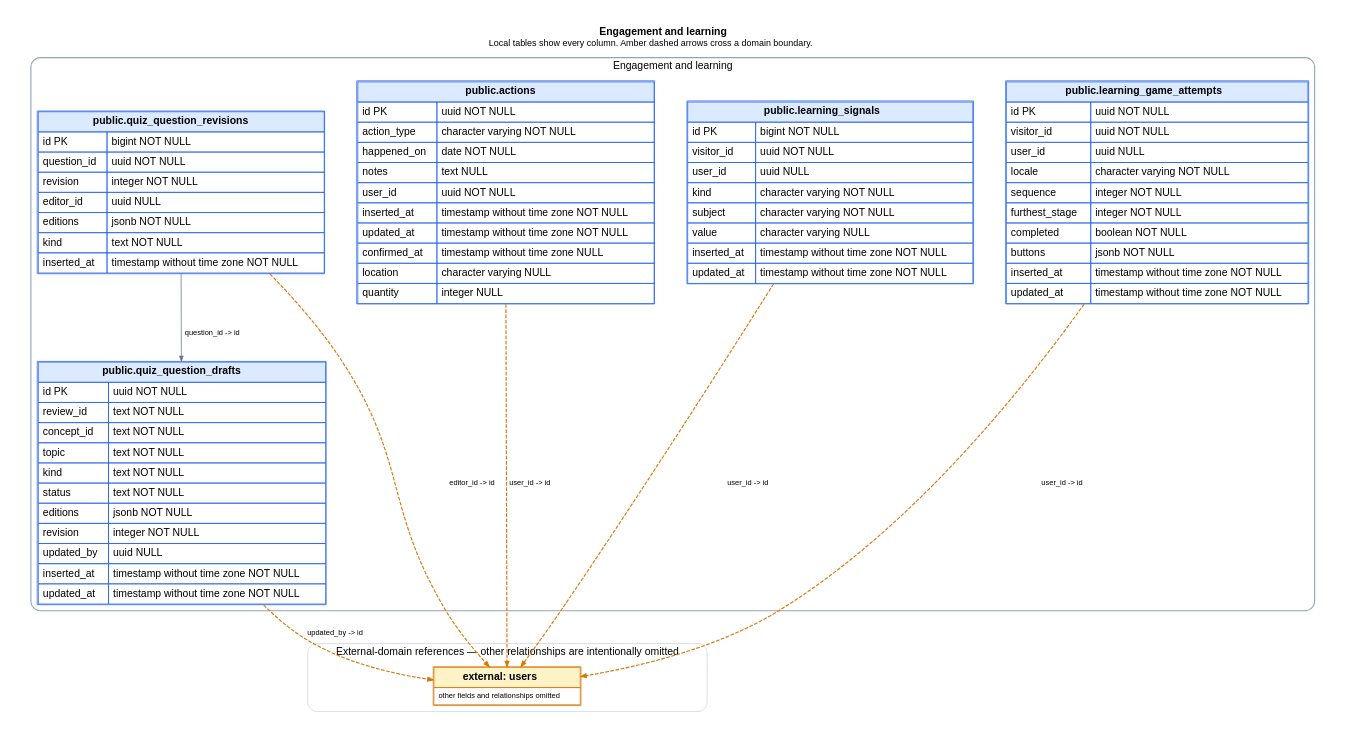
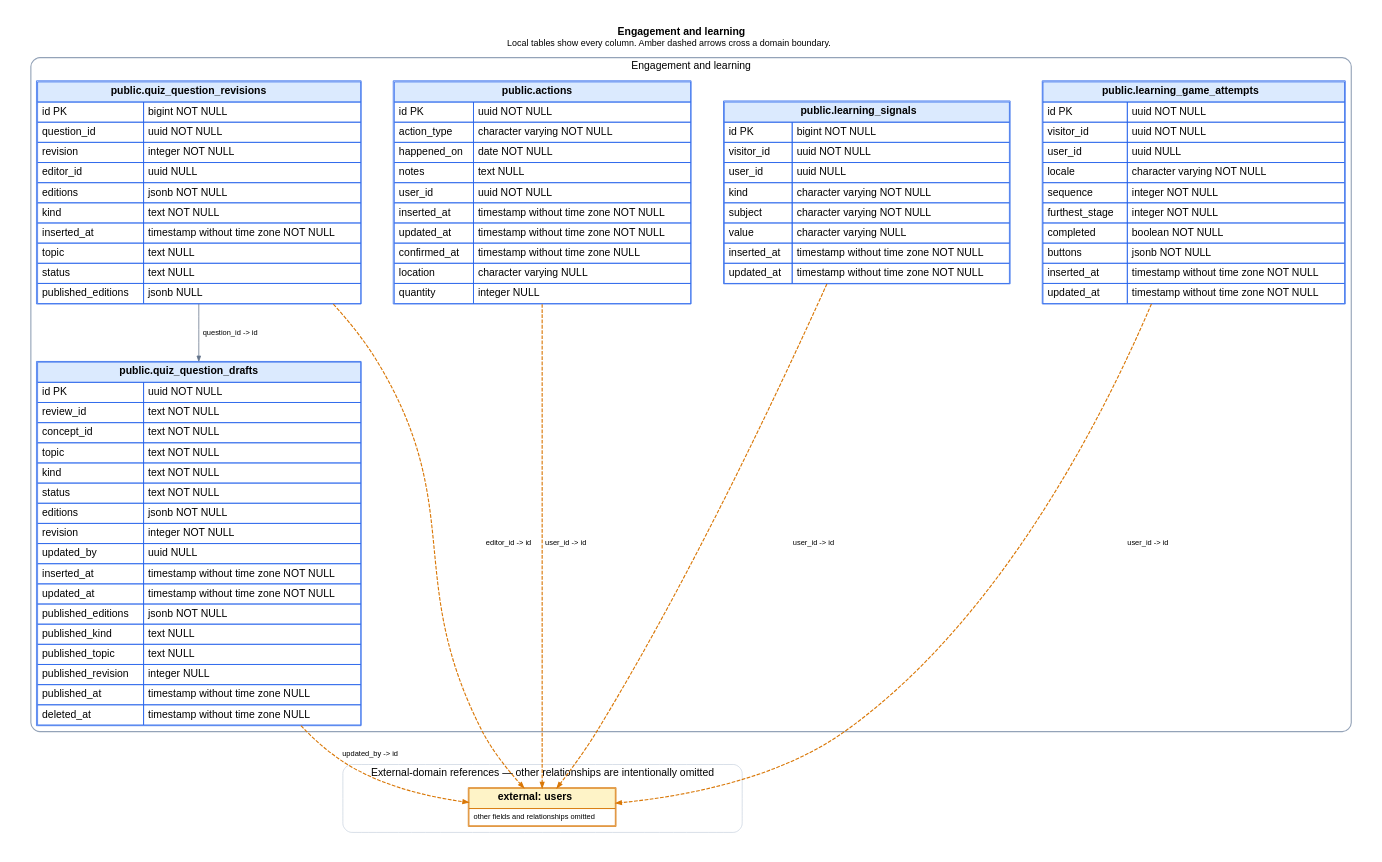
The diagram in docs/schema/domains/engagement.dot (ogourment/pauseai.ca-website), drawn with Graphviz before and after one commit. The commit also changed 23 other files, not shown here.

```diff
--- a/docs/schema/domains/engagement.dot
+++ b/docs/schema/domains/engagement.dot
@@ -1,70 +1,70 @@
 digraph engagement {
   graph [rankdir=TB, bgcolor="white", pad=0.35, nodesep=0.6, ranksep=0.9, fontname="Helvetica"];
   node [shape=plain, fontname="Helvetica"];
   edge [fontname="Helvetica", fontsize=10, arrowsize=0.7];
   labelloc="t";
   label=< <B>Engagement and learning</B><BR/><FONT POINT-SIZE="12">Local tables show every column. Amber dashed arrows cross a domain boundary.</FONT> >;
 
   subgraph cluster_local {
     label="Engagement and learning";
     color="#94a3b8";
     penwidth=1.5;
     style="rounded";
   "actions" [label=<
     <TABLE BORDER="1" CELLBORDER="1" CELLSPACING="0" CELLPADDING="5" COLOR="#2563eb">
       <TR><TD BGCOLOR="#dbeafe" COLSPAN="2"><B>public.actions</B></TD></TR>
       <TR><TD ALIGN="LEFT">id PK</TD><TD ALIGN="LEFT">uuid NOT NULL</TD></TR><TR><TD ALIGN="LEFT">action_type</TD><TD ALIGN="LEFT">character varying NOT NULL</TD></TR><TR><TD ALIGN="LEFT">happened_on</TD><TD ALIGN="LEFT">date NOT NULL</TD></TR><TR><TD ALIGN="LEFT">notes</TD><TD ALIGN="LEFT">text NULL</TD></TR><TR><TD ALIGN="LEFT">user_id</TD><TD ALIGN="LEFT">uuid NOT NULL</TD></TR><TR><TD ALIGN="LEFT">inserted_at</TD><TD ALIGN="LEFT">timestamp without time zone NOT NULL</TD></TR><TR><TD ALIGN="LEFT">updated_at</TD><TD ALIGN="LEFT">timestamp without time zone NOT NULL</TD></TR><TR><TD ALIGN="LEFT">confirmed_at</TD><TD ALIGN="LEFT">timestamp without time zone NULL</TD></TR><TR><TD ALIGN="LEFT">location</TD><TD ALIGN="LEFT">character varying NULL</TD></TR><TR><TD ALIGN="LEFT">quantity</TD><TD ALIGN="LEFT">integer NULL</TD></TR>
     </TABLE>
   >];
 
   "learning_signals" [label=<
     <TABLE BORDER="1" CELLBORDER="1" CELLSPACING="0" CELLPADDING="5" COLOR="#2563eb">
       <TR><TD BGCOLOR="#dbeafe" COLSPAN="2"><B>public.learning_signals</B></TD></TR>
       <TR><TD ALIGN="LEFT">id PK</TD><TD ALIGN="LEFT">bigint NOT NULL</TD></TR><TR><TD ALIGN="LEFT">visitor_id</TD><TD ALIGN="LEFT">uuid NOT NULL</TD></TR><TR><TD ALIGN="LEFT">user_id</TD><TD ALIGN="LEFT">uuid NULL</TD></TR><TR><TD ALIGN="LEFT">kind</TD><TD ALIGN="LEFT">character varying NOT NULL</TD></TR><TR><TD ALIGN="LEFT">subject</TD><TD ALIGN="LEFT">character varying NOT NULL</TD></TR><TR><TD ALIGN="LEFT">value</TD><TD ALIGN="LEFT">character varying NULL</TD></TR><TR><TD ALIGN="LEFT">inserted_at</TD><TD ALIGN="LEFT">timestamp without time zone NOT NULL</TD></TR><TR><TD ALIGN="LEFT">updated_at</TD><TD ALIGN="LEFT">timestamp without time zone NOT NULL</TD></TR>
     </TABLE>
   >];
 
   "learning_game_attempts" [label=<
     <TABLE BORDER="1" CELLBORDER="1" CELLSPACING="0" CELLPADDING="5" COLOR="#2563eb">
       <TR><TD BGCOLOR="#dbeafe" COLSPAN="2"><B>public.learning_game_attempts</B></TD></TR>
       <TR><TD ALIGN="LEFT">id PK</TD><TD ALIGN="LEFT">uuid NOT NULL</TD></TR><TR><TD ALIGN="LEFT">visitor_id</TD><TD ALIGN="LEFT">uuid NOT NULL</TD></TR><TR><TD ALIGN="LEFT">user_id</TD><TD ALIGN="LEFT">uuid NULL</TD></TR><TR><TD ALIGN="LEFT">locale</TD><TD ALIGN="LEFT">character varying NOT NULL</TD></TR><TR><TD ALIGN="LEFT">sequence</TD><TD ALIGN="LEFT">integer NOT NULL</TD></TR><TR><TD ALIGN="LEFT">furthest_stage</TD><TD ALIGN="LEFT">integer NOT NULL</TD></TR><TR><TD ALIGN="LEFT">completed</TD><TD ALIGN="LEFT">boolean NOT NULL</TD></TR><TR><TD ALIGN="LEFT">buttons</TD><TD ALIGN="LEFT">jsonb NOT NULL</TD></TR><TR><TD ALIGN="LEFT">inserted_at</TD><TD ALIGN="LEFT">timestamp without time zone NOT NULL</TD></TR><TR><TD ALIGN="LEFT">updated_at</TD><TD ALIGN="LEFT">timestamp without time zone NOT NULL</TD></TR>
     </TABLE>
   >];
 
   "quiz_question_drafts" [label=<
     <TABLE BORDER="1" CELLBORDER="1" CELLSPACING="0" CELLPADDING="5" COLOR="#2563eb">
       <TR><TD BGCOLOR="#dbeafe" COLSPAN="2"><B>public.quiz_question_drafts</B></TD></TR>
-      <TR><TD ALIGN="LEFT">id PK</TD><TD ALIGN="LEFT">uuid NOT NULL</TD></TR><TR><TD ALIGN="LEFT">review_id</TD><TD ALIGN="LEFT">text NOT NULL</TD></TR><TR><TD ALIGN="LEFT">concept_id</TD><TD ALIGN="LEFT">text NOT NULL</TD></TR><TR><TD ALIGN="LEFT">topic</TD><TD ALIGN="LEFT">text NOT NULL</TD></TR><TR><TD ALIGN="LEFT">kind</TD><TD ALIGN="LEFT">text NOT NULL</TD></TR><TR><TD ALIGN="LEFT">status</TD><TD ALIGN="LEFT">text NOT NULL</TD></TR><TR><TD ALIGN="LEFT">editions</TD><TD ALIGN="LEFT">jsonb NOT NULL</TD></TR><TR><TD ALIGN="LEFT">revision</TD><TD ALIGN="LEFT">integer NOT NULL</TD></TR><TR><TD ALIGN="LEFT">updated_by</TD><TD ALIGN="LEFT">uuid NULL</TD></TR><TR><TD ALIGN="LEFT">inserted_at</TD><TD ALIGN="LEFT">timestamp without time zone NOT NULL</TD></TR><TR><TD ALIGN="LEFT">updated_at</TD><TD ALIGN="LEFT">timestamp without time zone NOT NULL</TD></TR>
+      <TR><TD ALIGN="LEFT">id PK</TD><TD ALIGN="LEFT">uuid NOT NULL</TD></TR><TR><TD ALIGN="LEFT">review_id</TD><TD ALIGN="LEFT">text NOT NULL</TD></TR><TR><TD ALIGN="LEFT">concept_id</TD><TD ALIGN="LEFT">text NOT NULL</TD></TR><TR><TD ALIGN="LEFT">topic</TD><TD ALIGN="LEFT">text NOT NULL</TD></TR><TR><TD ALIGN="LEFT">kind</TD><TD ALIGN="LEFT">text NOT NULL</TD></TR><TR><TD ALIGN="LEFT">status</TD><TD ALIGN="LEFT">text NOT NULL</TD></TR><TR><TD ALIGN="LEFT">editions</TD><TD ALIGN="LEFT">jsonb NOT NULL</TD></TR><TR><TD ALIGN="LEFT">revision</TD><TD ALIGN="LEFT">integer NOT NULL</TD></TR><TR><TD ALIGN="LEFT">updated_by</TD><TD ALIGN="LEFT">uuid NULL</TD></TR><TR><TD ALIGN="LEFT">inserted_at</TD><TD ALIGN="LEFT">timestamp without time zone NOT NULL</TD></TR><TR><TD ALIGN="LEFT">updated_at</TD><TD ALIGN="LEFT">timestamp without time zone NOT NULL</TD></TR><TR><TD ALIGN="LEFT">published_editions</TD><TD ALIGN="LEFT">jsonb NOT NULL</TD></TR><TR><TD ALIGN="LEFT">published_kind</TD><TD ALIGN="LEFT">text NULL</TD></TR><TR><TD ALIGN="LEFT">published_topic</TD><TD ALIGN="LEFT">text NULL</TD></TR><TR><TD ALIGN="LEFT">published_revision</TD><TD ALIGN="LEFT">integer NULL</TD></TR><TR><TD ALIGN="LEFT">published_at</TD><TD ALIGN="LEFT">timestamp without time zone NULL</TD></TR><TR><TD ALIGN="LEFT">deleted_at</TD><TD ALIGN="LEFT">timestamp without time zone NULL</TD></TR>
     </TABLE>
   >];
 
   "quiz_question_revisions" [label=<
     <TABLE BORDER="1" CELLBORDER="1" CELLSPACING="0" CELLPADDING="5" COLOR="#2563eb">
       <TR><TD BGCOLOR="#dbeafe" COLSPAN="2"><B>public.quiz_question_revisions</B></TD></TR>
-      <TR><TD ALIGN="LEFT">id PK</TD><TD ALIGN="LEFT">bigint NOT NULL</TD></TR><TR><TD ALIGN="LEFT">question_id</TD><TD ALIGN="LEFT">uuid NOT NULL</TD></TR><TR><TD ALIGN="LEFT">revision</TD><TD ALIGN="LEFT">integer NOT NULL</TD></TR><TR><TD ALIGN="LEFT">editor_id</TD><TD ALIGN="LEFT">uuid NULL</TD></TR><TR><TD ALIGN="LEFT">editions</TD><TD ALIGN="LEFT">jsonb NOT NULL</TD></TR><TR><TD ALIGN="LEFT">kind</TD><TD ALIGN="LEFT">text NOT NULL</TD></TR><TR><TD ALIGN="LEFT">inserted_at</TD><TD ALIGN="LEFT">timestamp without time zone NOT NULL</TD></TR>
+      <TR><TD ALIGN="LEFT">id PK</TD><TD ALIGN="LEFT">bigint NOT NULL</TD></TR><TR><TD ALIGN="LEFT">question_id</TD><TD ALIGN="LEFT">uuid NOT NULL</TD></TR><TR><TD ALIGN="LEFT">revision</TD><TD ALIGN="LEFT">integer NOT NULL</TD></TR><TR><TD ALIGN="LEFT">editor_id</TD><TD ALIGN="LEFT">uuid NULL</TD></TR><TR><TD ALIGN="LEFT">editions</TD><TD ALIGN="LEFT">jsonb NOT NULL</TD></TR><TR><TD ALIGN="LEFT">kind</TD><TD ALIGN="LEFT">text NOT NULL</TD></TR><TR><TD ALIGN="LEFT">inserted_at</TD><TD ALIGN="LEFT">timestamp without time zone NOT NULL</TD></TR><TR><TD ALIGN="LEFT">topic</TD><TD ALIGN="LEFT">text NULL</TD></TR><TR><TD ALIGN="LEFT">status</TD><TD ALIGN="LEFT">text NULL</TD></TR><TR><TD ALIGN="LEFT">published_editions</TD><TD ALIGN="LEFT">jsonb NULL</TD></TR>
     </TABLE>
   >];
 
   }
 
   subgraph cluster_external {
     label="External-domain references — other relationships are intentionally omitted";
     color="#cbd5e1";
     penwidth=1;
     style="rounded";
   "users" [label=<
     <TABLE BORDER="1" CELLBORDER="1" CELLSPACING="0" CELLPADDING="5" COLOR="#d97706">
       <TR><TD BGCOLOR="#fef3c7"><B>external: users</B></TD></TR>
       <TR><TD><FONT POINT-SIZE="10">other fields and relationships omitted</FONT></TD></TR>
     </TABLE>
   >];
 
   }
 
   "actions" -> "users" [label="user_id -> id", color="#d97706", style="dashed", penwidth=1.5];
   "learning_game_attempts" -> "users" [label="user_id -> id", color="#d97706", style="dashed", penwidth=1.5];
   "learning_signals" -> "users" [label="user_id -> id", color="#d97706", style="dashed", penwidth=1.5];
   "quiz_question_drafts" -> "users" [label="updated_by -> id", color="#d97706", style="dashed", penwidth=1.5];
   "quiz_question_revisions" -> "users" [label="editor_id -> id", color="#d97706", style="dashed", penwidth=1.5];
   "quiz_question_revisions" -> "quiz_question_drafts" [label="question_id -> id", color="#64748b"];
 }
```
